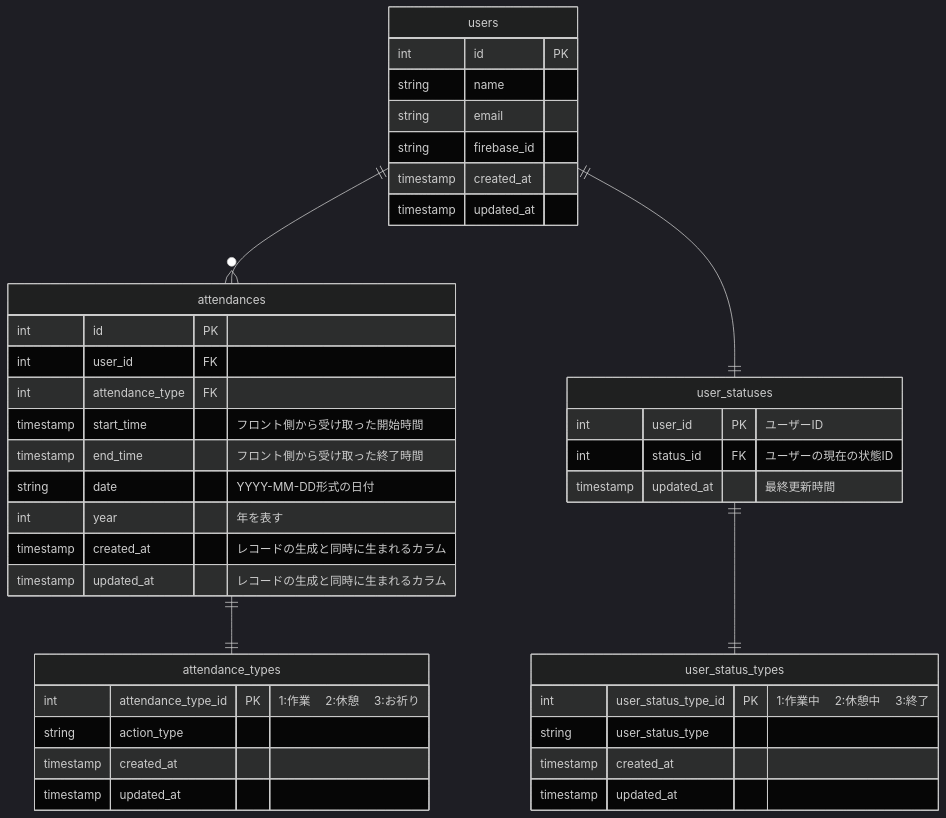
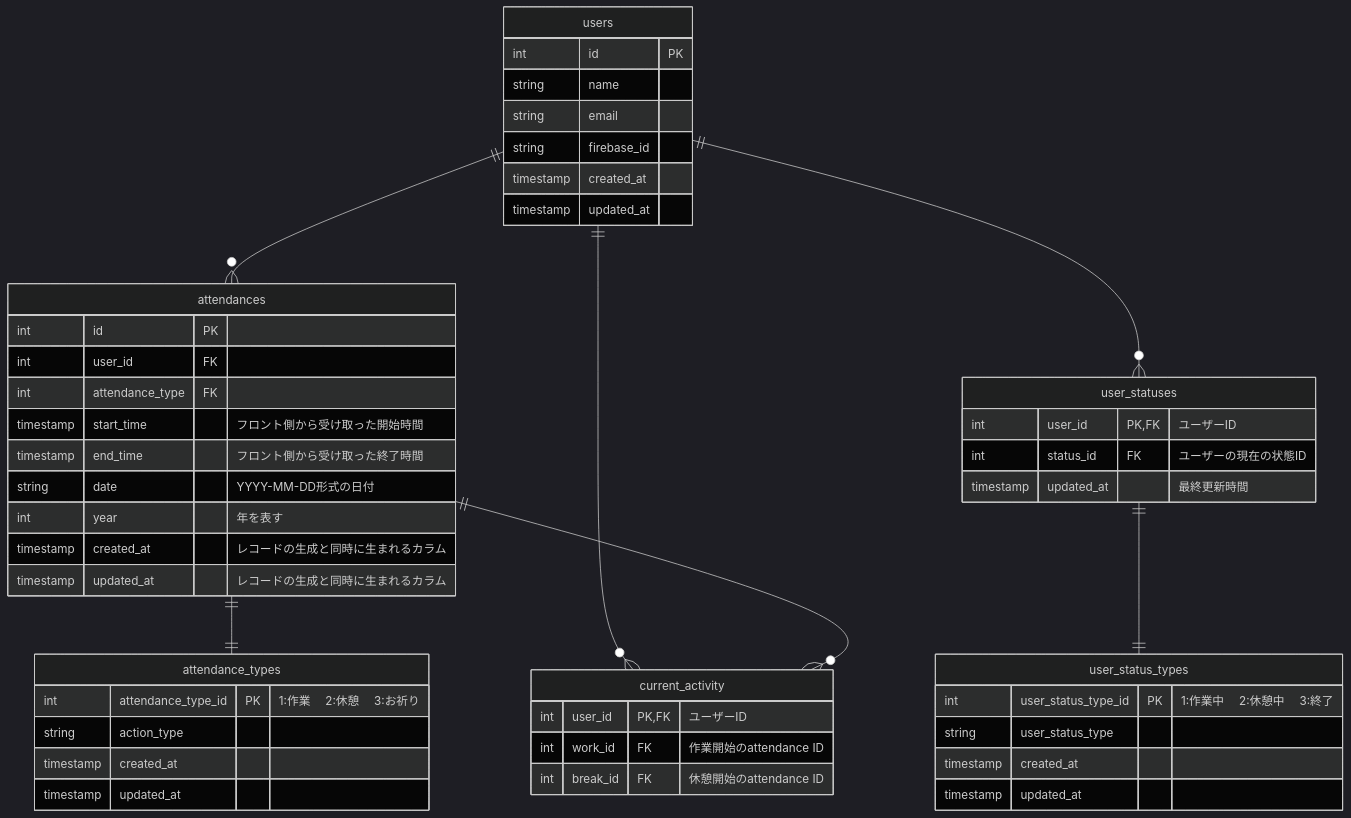
The diagram in samples/er.md (yoshimi-I/AttendanceApp), drawn with Mermaid (dark theme) before and after one commit. The commit also changed 3 other files, not shown here.

````diff
--- a/samples/er.md
+++ b/samples/er.md
@@ -1,48 +1,56 @@
 ```mermaid
 erDiagram
     users ||--o{ attendances : ""
     attendances ||--|| attendance_types : ""
-    users ||--||  user_statuses : ""
+    users ||--o{ user_statuses : ""
     user_statuses ||--|| user_status_types : ""
+    users ||--o{ current_activity : ""
+    attendances ||--o{ current_activity : ""
+
     users {
         int id PK
         string name
         string email
         string firebase_id
         timestamp created_at
         timestamp updated_at
     }
 
     attendances {
         int id PK
         int user_id FK
         int attendance_type FK
         timestamp start_time "フロント側から受け取った開始時間"
         timestamp end_time "フロント側から受け取った終了時間"
         string date "YYYY-MM-DD形式の日付"
         int year "年を表す"
         timestamp created_at "レコードの生成と同時に生まれるカラム"
         timestamp updated_at "レコードの生成と同時に生まれるカラム"
     }
 
     attendance_types {
         int attendance_type_id PK "1:作業 　2:休憩 　3:お祈り"
         string action_type
         timestamp created_at
         timestamp updated_at
     }
 
     user_status_types {
         int user_status_type_id PK "1:作業中 　2:休憩中 　3:終了"
         string user_status_type
         timestamp created_at
         timestamp updated_at
     }
 
     user_statuses {
-        int user_id PK "ユーザーID"
+        int user_id PK,FK "ユーザーID"
         int status_id FK "ユーザーの現在の状態ID"
         timestamp updated_at "最終更新時間"
     }
 
+    current_activity {
+        int user_id PK, FK "ユーザーID"
+        int work_id FK "作業開始のattendance ID"
+        int break_id FK "休憩開始のattendance ID" }
+
 ```
````
